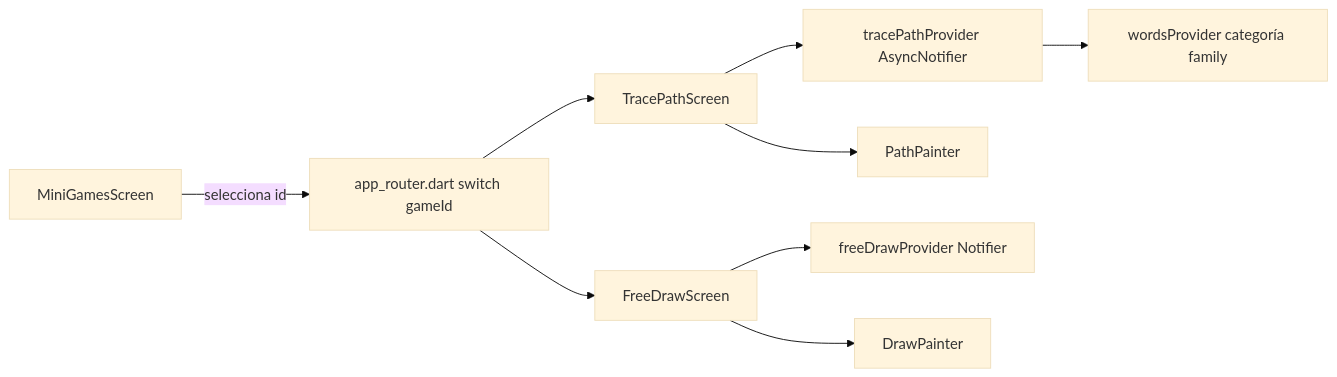
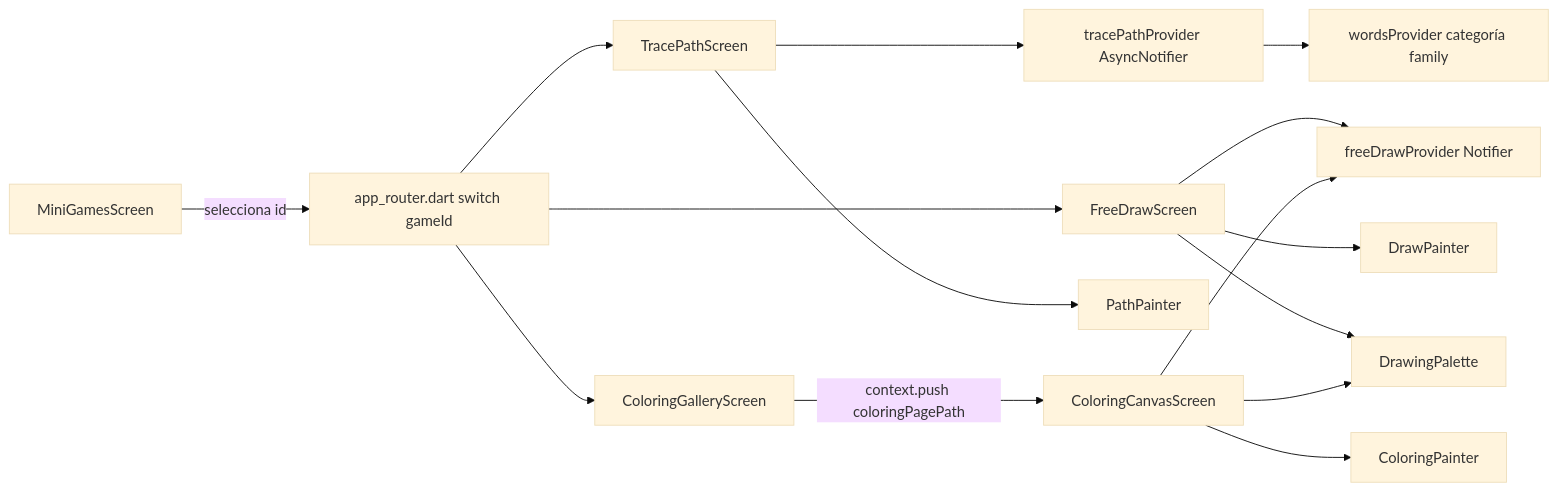
One commit to GabrielaTornel/babyHabla changed the diagram in docs/03-Implementación/Mini Juegos.md. Above: the diagram before and after it, drawn with Mermaid (base theme). The commit also changed other lines of this file and 1 other file, not shown here.

````diff
--- a/docs/03-Implementación/Mini Juegos.md
+++ b/docs/03-Implementación/Mini Juegos.md
@@ -71,11 +94,17 @@
 ```mermaid
 flowchart LR
     A[MiniGamesScreen] -->|selecciona id| B[app_router.dart switch gameId]
     B --> C1[TracePathScreen]
     B --> C2[FreeDrawScreen]
+    B --> C3[ColoringGalleryScreen]
     C1 --> D1[tracePathProvider AsyncNotifier]
     D1 --> E1[wordsProvider categoría family]
     C1 --> F1[PathPainter]
     C2 --> D2[freeDrawProvider Notifier]
     C2 --> F2[DrawPainter]
+    C2 --> G[DrawingPalette]
+    C3 -->|context.push coloringPagePath| C4[ColoringCanvasScreen]
+    C4 --> D2
+    C4 --> F3[ColoringPainter]
+    C4 --> G
 ```
````
